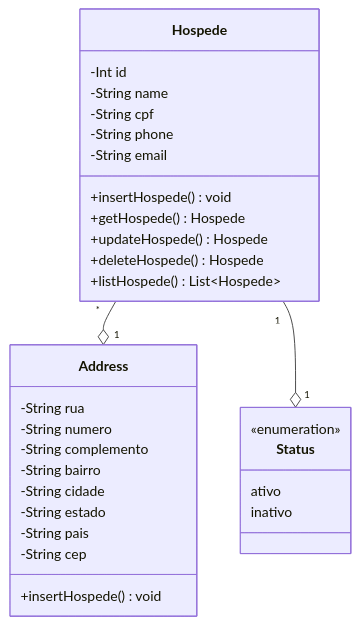
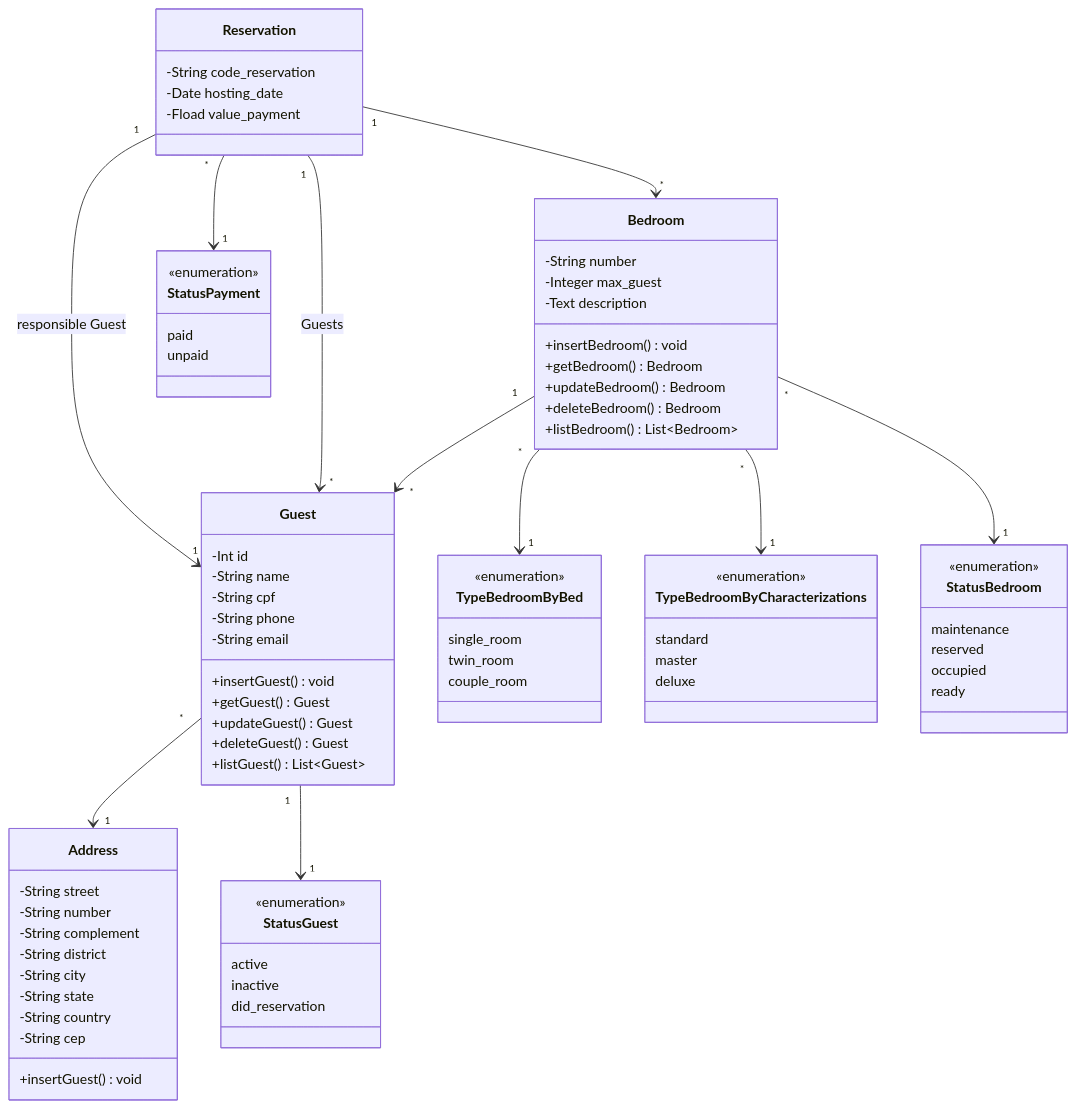
One commit to WesleyVitor/sigHotel changed the diagram in docs/doc-modelo.md. Above: the diagram before and after it, drawn with Mermaid.

Commit message:
docs: Documento de modelo(Class Diagram) #2

````diff
--- a/docs/doc-modelo.md
+++ b/docs/doc-modelo.md
@@ -7,42 +7,100 @@
 ```mermaid
 classDiagram
     
-    class Hospede{
+    class Guest{
         -Int id
         -String name
         -String cpf
         -String phone
         -String email
 
-        +insertHospede() void
-        +getHospede() Hospede
-        +updateHospede() Hospede
-        +deleteHospede() Hospede
-        +listHospede() List~Hospede~
+        +insertGuest() void
+        +getGuest() Guest
+        +updateGuest() Guest
+        +deleteGuest() Guest
+        +listGuest() List~Guest~
     }
     
     class Address{
-      -String rua 
-      -String numero 
-      -String complemento 
-      -String bairro 
-      -String cidade 
-      -String estado 
-      -String pais 
+      -String street 
+      -String number 
+      -String complement   
+      -String district 
+      -String city 
+      -String state 
+      -String country 
       -String cep 
       
-      +insertHospede() void
+      +insertGuest() void
     }
     
-    class Status{
+    class StatusGuest{
       <<enumeration>>
-      ativo
-      inativo
+      active
+      inactive
+      did_reservation
+    }
+
+    class Bedroom{
+      -String number
+      -Integer max_guest
+      -Text description
+
+      +insertBedroom() void
+      +getBedroom() Bedroom
+      +updateBedroom() Bedroom
+      +deleteBedroom() Bedroom
+      +listBedroom() List~Bedroom~
+    }
+
+    class TypeBedroomByBed{
+      <<enumeration>>
+      single_room
+      twin_room
+      couple_room
+    }
+
+    class TypeBedroomByCharacterizations{
+      <<enumeration>>
+      standard
+      master
+      deluxe
+    }
+
+    class StatusBedroom{
+      <<enumeration>>
+      maintenance
+      reserved
+      occupied
+      ready
+    }
+
+    class Reservation{
+      -String code_reservation
+      -Date hosting_date
+      -Fload value_payment
+    }
+
+    class StatusPayment{
+      <<enumeration>>
+      paid
+      unpaid
     }
     
-    Hospede "*" --o "1" Address
-    Hospede "1" --o "1" Status
+    Guest "*" --> "1" Address
+    Guest "1" --> "1" StatusGuest
     
+    Bedroom "*" --> "1" TypeBedroomByBed
+    Bedroom "*" --> "1" TypeBedroomByCharacterizations
+    Bedroom "*" --> "1" StatusBedroom
+    Bedroom "1" --> "*" Guest
+
+    Reservation "1" --> "*" Guest :Guests
+    Reservation "1" --> "1" Guest :responsible Guest
+    Reservation "1" --> "*" Bedroom
+    Reservation "*" --> "1" StatusPayment
+
+
 
    
 
````
